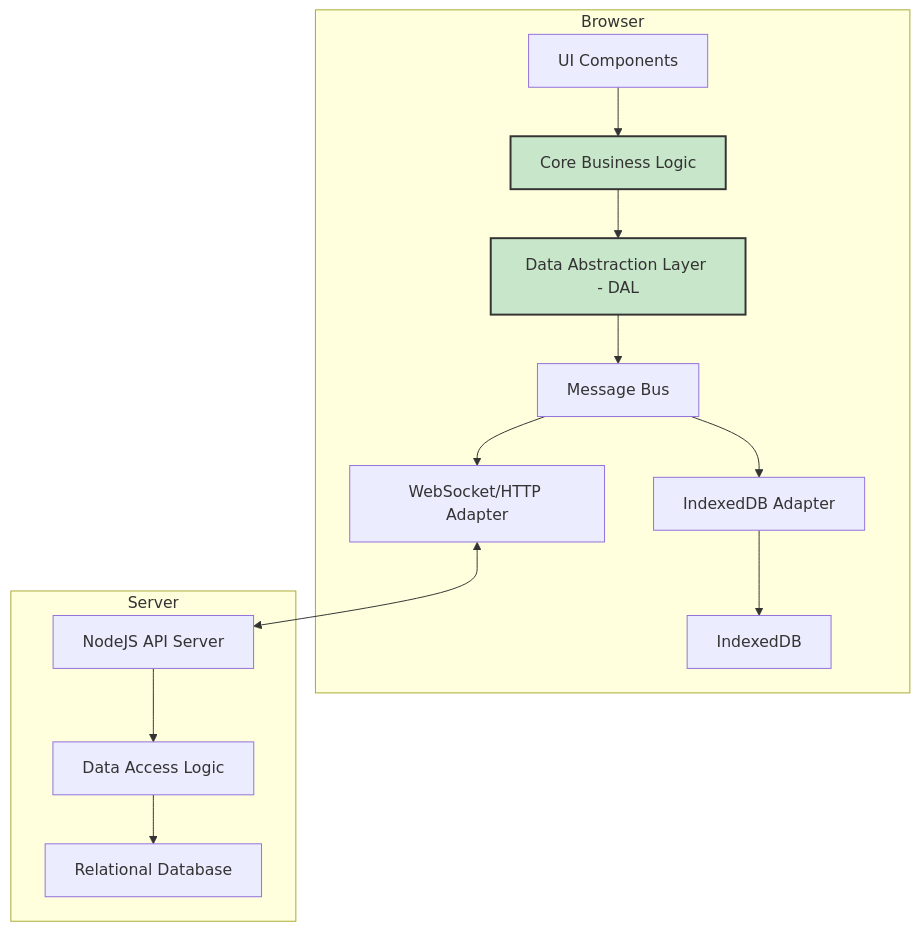
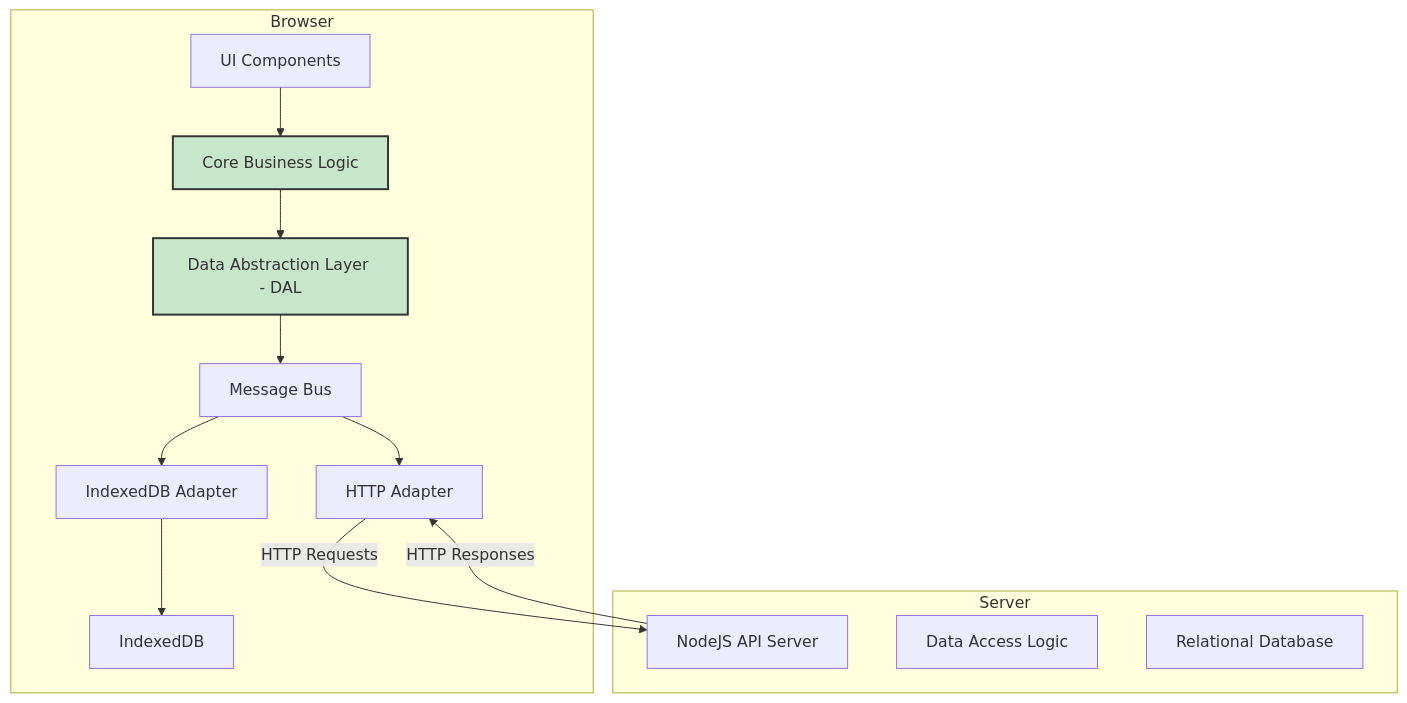
One commit to rngadam/flashcards changed the diagram in DESIGN.md. Above: the diagram before and after it, drawn with Mermaid. The commit also changed other lines of this file, not shown here.

First line of the commit message:
docs: Finalize isomorphic architecture design

````diff
--- a/DESIGN.md
+++ b/DESIGN.md
@@ -16,31 +16,30 @@
 ```mermaid
 graph TD
     subgraph Browser
         A[UI Components]
         B[Core Business Logic]
         C[Data Abstraction Layer - DAL]
         D[Message Bus]
         E[IndexedDB Adapter]
-        F[WebSocket/HTTP Adapter]
+        F[HTTP Adapter]
         G[IndexedDB]
     end
 
     subgraph Server
         H[NodeJS API Server]
         I[Data Access Logic]
         J[Relational Database]
     end
 
     A --> B
     B --> C
     C --> D
     D --> E
     D --> F
     E --> G
-    F <--> H
-    H --> I
-    I --> J
+    F -- HTTP Requests --> H
+    H -- HTTP Responses --> F
 
     style B fill:#c8e6c9,stroke:#333,stroke-width:2px
     style C fill:#c8e6c9,stroke:#333,stroke-width:2px
 ```
````
